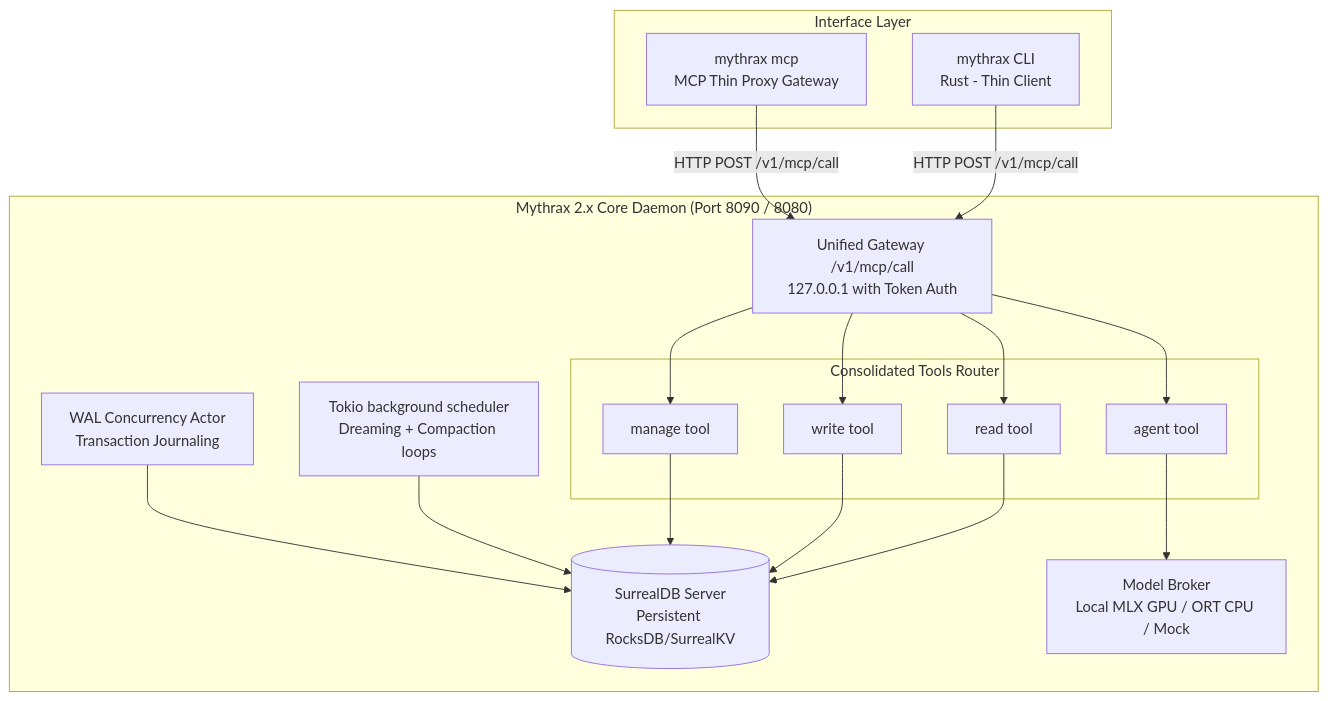
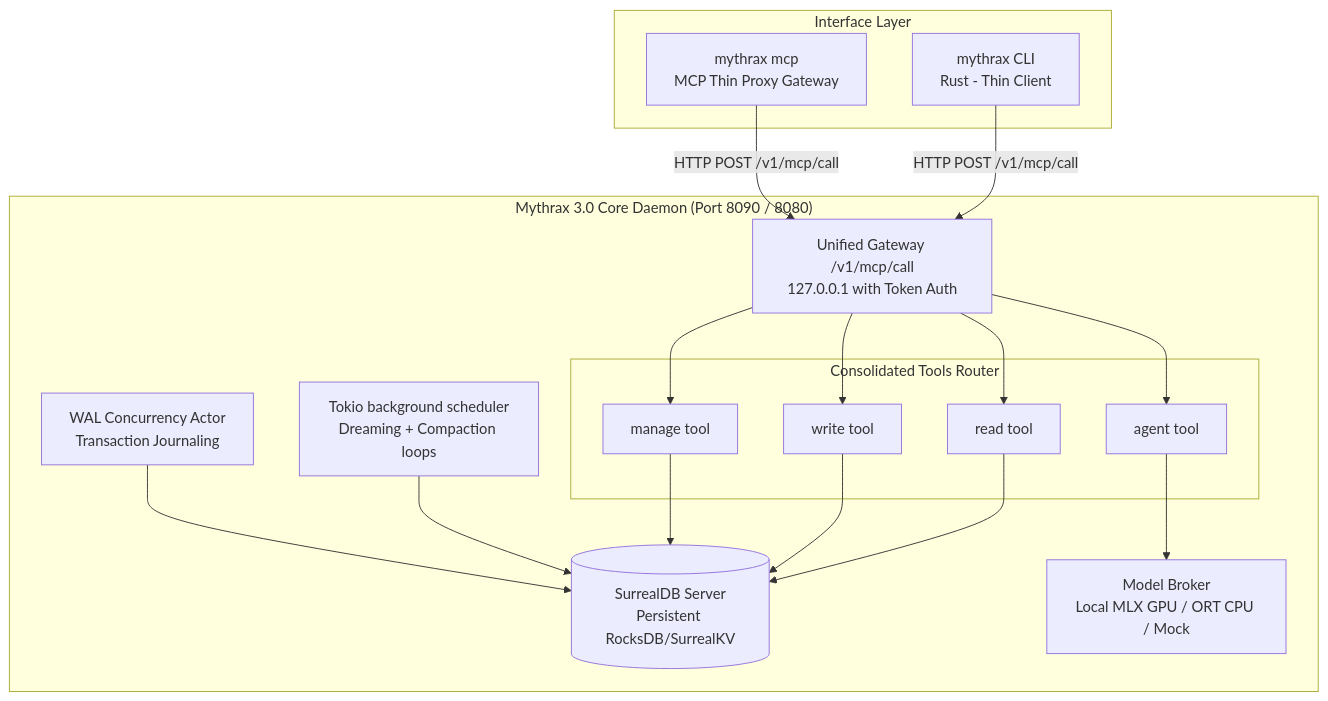
Before and after one commit to keith-mcclellan/mythrax: the diagram in README.md, drawn with Mermaid. The commit also changed other lines of this file and 3 other files, not shown here.

````diff
--- a/README.md
+++ b/README.md
@@ -38,39 +38,39 @@
 ```mermaid
 graph TB
     subgraph "Interface Layer"
         CLI[mythrax CLI<br/>Rust - Thin Client]
         MCP[mythrax mcp<br/>MCP Thin Proxy Gateway]
     end
 
-    subgraph "Mythrax 2.x Core Daemon (Port 8090 / 8080)"
+    subgraph "Mythrax 3.0 Core Daemon (Port 8090 / 8080)"
         GATEWAY[Unified Gateway /v1/mcp/call<br/>127.0.0.1 with Token Auth]
         
         subgraph "Consolidated Tools Router"
             READ[read tool]
             WRITE[write tool]
             MANAGE[manage tool]
             AGENT[agent tool]
         end
 
         DB[(SurrealDB Server<br/>Persistent RocksDB/SurrealKV)]
         Broker[Model Broker<br/>Local MLX GPU / ORT CPU / Mock]
         WAL[WAL Concurrency Actor<br/>Transaction Journaling]
         SCHED[Tokio background scheduler<br/>Dreaming + Compaction loops]
     end
 
     CLI -->|HTTP POST /v1/mcp/call| GATEWAY
     MCP -->|HTTP POST /v1/mcp/call| GATEWAY
     
     GATEWAY --> READ
     GATEWAY --> WRITE
     GATEWAY --> MANAGE
     GATEWAY --> AGENT
     
     READ --> DB
     WRITE --> DB
     MANAGE --> DB
     AGENT --> Broker
     
     SCHED --> DB
     WAL --> DB
 ```
````
